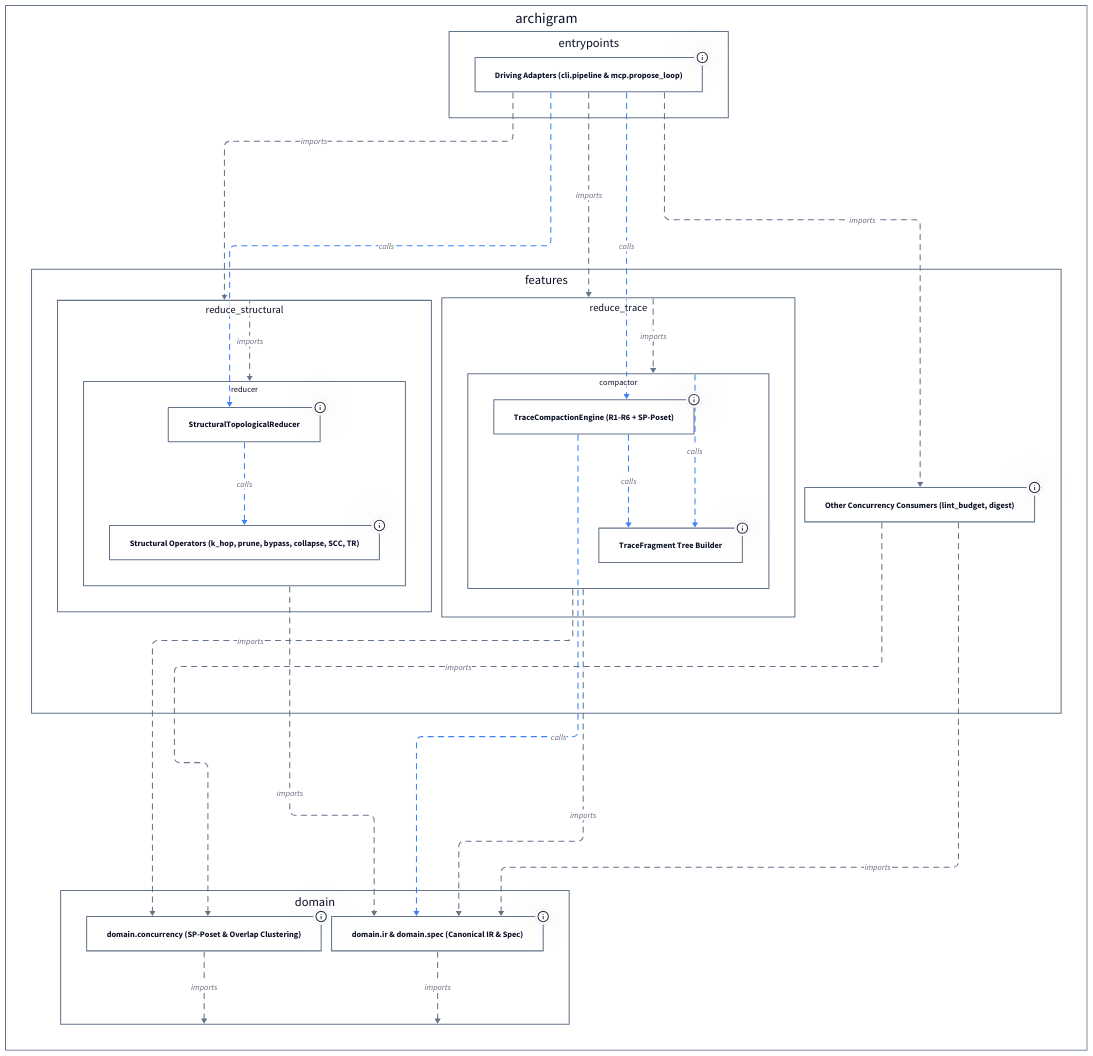
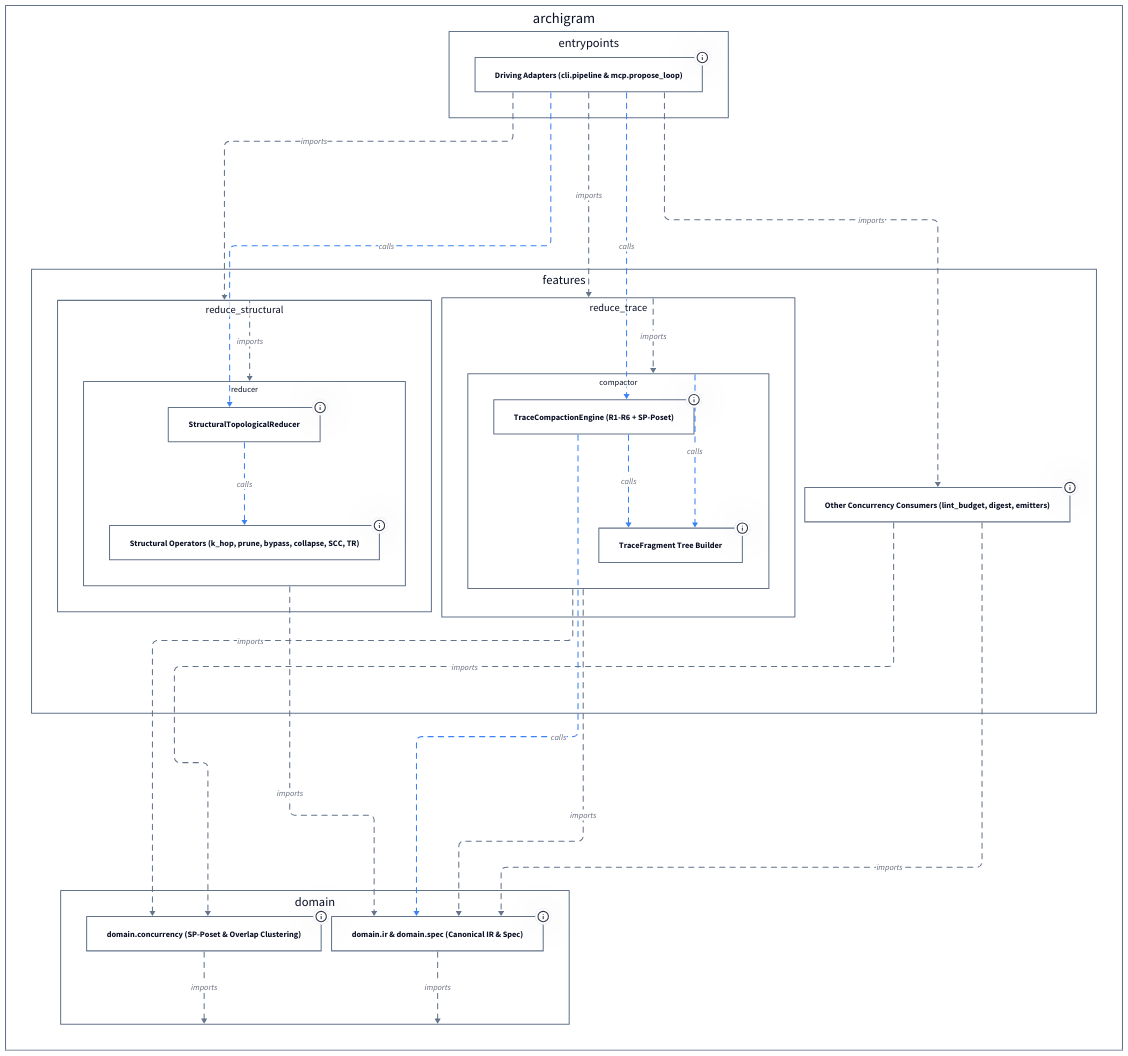
Before and after one commit to klcd/archigram: the diagram in docs/architecture/diagrams/l2b_reduction_engine_d2.d2, drawn with D2. The commit also changed 12 other files, not shown here.

Commit message:
fix(emit_mermaid): enforce causal trace order and guards

```diff
--- a/docs/architecture/diagrams/l2b_reduction_engine_d2.d2
+++ b/docs/architecture/diagrams/l2b_reduction_engine_d2.d2
@@ -1,154 +1,154 @@
 vars: {
   d2-config: {
     layout-engine: elk
     theme-id: 0
     dark-theme-id: 200
   }
 }
 style.fill: transparent
 
 archigram: "archigram" {
   style.fill: transparent
   style.stroke: "#64748b"
   "archigram.domain": "domain" {
     style.fill: transparent
     style.stroke: "#64748b"
     domain_concurrency_poset: "domain.concurrency (SP-Poset & Overlap Clustering)" {
       style.fill: transparent
       style.stroke: "#64748b"
       tooltip: "Derived via l2b_d2_concurrency (2 backing nodes: archigram.domain.concurrency, archigram.domain.concurrency.PosetCotreeNode)"
     }
     domain_ir_and_spec: "domain.ir & domain.spec (Canonical IR & Spec)" {
       style.fill: transparent
       style.stroke: "#64748b"
       tooltip: "Derived via l2b_d2_domain_ir_spec (3 backing nodes: archigram.domain.ir, archigram.domain.spec, archigram.domain.spec.TraceCompactionConfig)"
     }
   }
   "archigram.entrypoints": "entrypoints" {
     style.fill: transparent
     style.stroke: "#64748b"
     driving_entrypoints: "Driving Adapters (cli.pipeline & mcp.propose_loop)" {
       style.fill: transparent
       style.stroke: "#64748b"
       tooltip: "Derived via l2b_d2_callers (5 backing nodes: archigram.entrypoints.cli, archigram.entrypoints.cli.pipeline, archigram.entrypoints.cli.pipeline.compile_and_lint_pipeline, archigram.entrypoints.mcp, archigram.entrypoints.mcp.propose_loop)"
     }
   }
   "archigram.features": "features" {
     style.fill: transparent
     style.stroke: "#64748b"
     "archigram.features.reduce_structural": "reduce_structural" {
       style.fill: transparent
       style.stroke: "#64748b"
       "archigram.features.reduce_structural.reducer": "reducer" {
         style.fill: transparent
         style.stroke: "#64748b"
         reduce_structural_engine: "StructuralTopologicalReducer" {
           style.fill: transparent
           style.stroke: "#64748b"
           tooltip: "Derived via l2b_d2_structural_engine (1 backing node: archigram.features.reduce_structural.reducer.StructuralTopologicalReducer)"
         }
         reduce_structural_ops: "Structural Operators (k_hop, prune, bypass, collapse, SCC, TR)" {
           style.fill: transparent
           style.stroke: "#64748b"
           tooltip: "Derived via l2b_d2_structural_ops (4 backing nodes: archigram.features.reduce_structural.reducer.apply_structural_rule, archigram.features.reduce_structural.reducer.condense_sccs, archigram.features.reduce_structural.reducer.k_hop_neighborhood, archigram.features.reduce_structural.reducer.transitive_reduction)"
         }
       }
     }
     "archigram.features.reduce_trace": "reduce_trace" {
       style.fill: transparent
       style.stroke: "#64748b"
       "archigram.features.reduce_trace.compactor": "compactor" {
         style.fill: transparent
         style.stroke: "#64748b"
         reduce_trace_engine: "TraceCompactionEngine (R1-R6 + SP-Poset)" {
           style.fill: transparent
           style.stroke: "#64748b"
           tooltip: "Derived via l2b_d2_trace_engine (1 backing node: archigram.features.reduce_trace.compactor.TraceCompactionEngine)"
         }
         trace_fragment_tree: "TraceFragment Tree Builder" {
           style.fill: transparent
           style.stroke: "#64748b"
           tooltip: "Derived via l2b_d2_trace_fragments (2 backing nodes: archigram.features.reduce_trace.compactor.TraceFragment, archigram.features.reduce_trace.compactor.build_trace_fragment_tree)"
         }
       }
     }
-    concurrency_consumers: "Other Concurrency Consumers (lint_budget, digest)" {
+    concurrency_consumers: "Other Concurrency Consumers (lint_budget, digest, emitters)" {
       style.fill: transparent
       style.stroke: "#64748b"
-      tooltip: "Derived via l2b_d2_lint_consumers (2 backing nodes: archigram.features.lint_budget, archigram.features.lint_budget.gate)"
+      tooltip: "Derived via l2b_d2_lint_consumers (5 backing nodes: archigram.features.emit_mermaid, archigram.features.emit_mermaid.emitter, archigram.features.emit_mermaid.uml_variants, archigram.features.lint_budget, archigram.features.lint_budget.gate)"
     }
   }
 }
 
 archigram."archigram.features"."archigram.features.reduce_structural" -> archigram."archigram.features"."archigram.features.reduce_structural"."archigram.features.reduce_structural.reducer": "imports" {
   style.stroke: "#64748b"
   style.stroke-dash: 5
 }
 archigram."archigram.features"."archigram.features.reduce_structural"."archigram.features.reduce_structural.reducer" -> archigram."archigram.domain".domain_ir_and_spec: "imports" {
   style.stroke: "#64748b"
   style.stroke-dash: 5
 }
 archigram."archigram.features"."archigram.features.reduce_trace" -> archigram."archigram.features"."archigram.features.reduce_trace"."archigram.features.reduce_trace.compactor": "imports" {
   style.stroke: "#64748b"
   style.stroke-dash: 5
 }
 archigram."archigram.features"."archigram.features.reduce_trace"."archigram.features.reduce_trace.compactor" -> archigram."archigram.domain".domain_concurrency_poset: "imports" {
   style.stroke: "#64748b"
   style.stroke-dash: 5
 }
 archigram."archigram.features"."archigram.features.reduce_trace"."archigram.features.reduce_trace.compactor" -> archigram."archigram.domain".domain_ir_and_spec: "imports" {
   style.stroke: "#64748b"
   style.stroke-dash: 5
 }
 archigram."archigram.features"."archigram.features.reduce_trace"."archigram.features.reduce_trace.compactor" -> archigram."archigram.features"."archigram.features.reduce_trace"."archigram.features.reduce_trace.compactor".trace_fragment_tree: "calls" {
   style.stroke: "#3b82f6"
   style.animated: true
 }
 archigram."archigram.features".concurrency_consumers -> archigram."archigram.domain".domain_concurrency_poset: "imports" {
   style.stroke: "#64748b"
   style.stroke-dash: 5
 }
 archigram."archigram.features".concurrency_consumers -> archigram."archigram.domain".domain_ir_and_spec: "imports" {
   style.stroke: "#64748b"
   style.stroke-dash: 5
 }
 archigram."archigram.domain".domain_concurrency_poset -> archigram."archigram.domain": "imports" {
   style.stroke: "#64748b"
   style.stroke-dash: 5
 }
 archigram."archigram.domain".domain_ir_and_spec -> archigram."archigram.domain": "imports" {
   style.stroke: "#64748b"
   style.stroke-dash: 5
 }
 archigram."archigram.entrypoints".driving_entrypoints -> archigram."archigram.features"."archigram.features.reduce_structural": "imports" {
   style.stroke: "#64748b"
   style.stroke-dash: 5
 }
 archigram."archigram.entrypoints".driving_entrypoints -> archigram."archigram.features"."archigram.features.reduce_trace": "imports" {
   style.stroke: "#64748b"
   style.stroke-dash: 5
 }
 archigram."archigram.entrypoints".driving_entrypoints -> archigram."archigram.features".concurrency_consumers: "imports" {
   style.stroke: "#64748b"
   style.stroke-dash: 5
 }
 archigram."archigram.entrypoints".driving_entrypoints -> archigram."archigram.features"."archigram.features.reduce_structural"."archigram.features.reduce_structural.reducer".reduce_structural_engine: "calls" {
   style.stroke: "#3b82f6"
   style.animated: true
 }
 archigram."archigram.entrypoints".driving_entrypoints -> archigram."archigram.features"."archigram.features.reduce_trace"."archigram.features.reduce_trace.compactor".reduce_trace_engine: "calls" {
   style.stroke: "#3b82f6"
   style.animated: true
 }
 archigram."archigram.features"."archigram.features.reduce_structural"."archigram.features.reduce_structural.reducer".reduce_structural_engine -> archigram."archigram.features"."archigram.features.reduce_structural"."archigram.features.reduce_structural.reducer".reduce_structural_ops: "calls" {
   style.stroke: "#3b82f6"
   style.animated: true
 }
 archigram."archigram.features"."archigram.features.reduce_trace"."archigram.features.reduce_trace.compactor".reduce_trace_engine -> archigram."archigram.domain".domain_ir_and_spec: "calls" {
   style.stroke: "#3b82f6"
   style.animated: true
 }
 archigram."archigram.features"."archigram.features.reduce_trace"."archigram.features.reduce_trace.compactor".reduce_trace_engine -> archigram."archigram.features"."archigram.features.reduce_trace"."archigram.features.reduce_trace.compactor".trace_fragment_tree: "calls" {
   style.stroke: "#3b82f6"
   style.animated: true
 }
```
